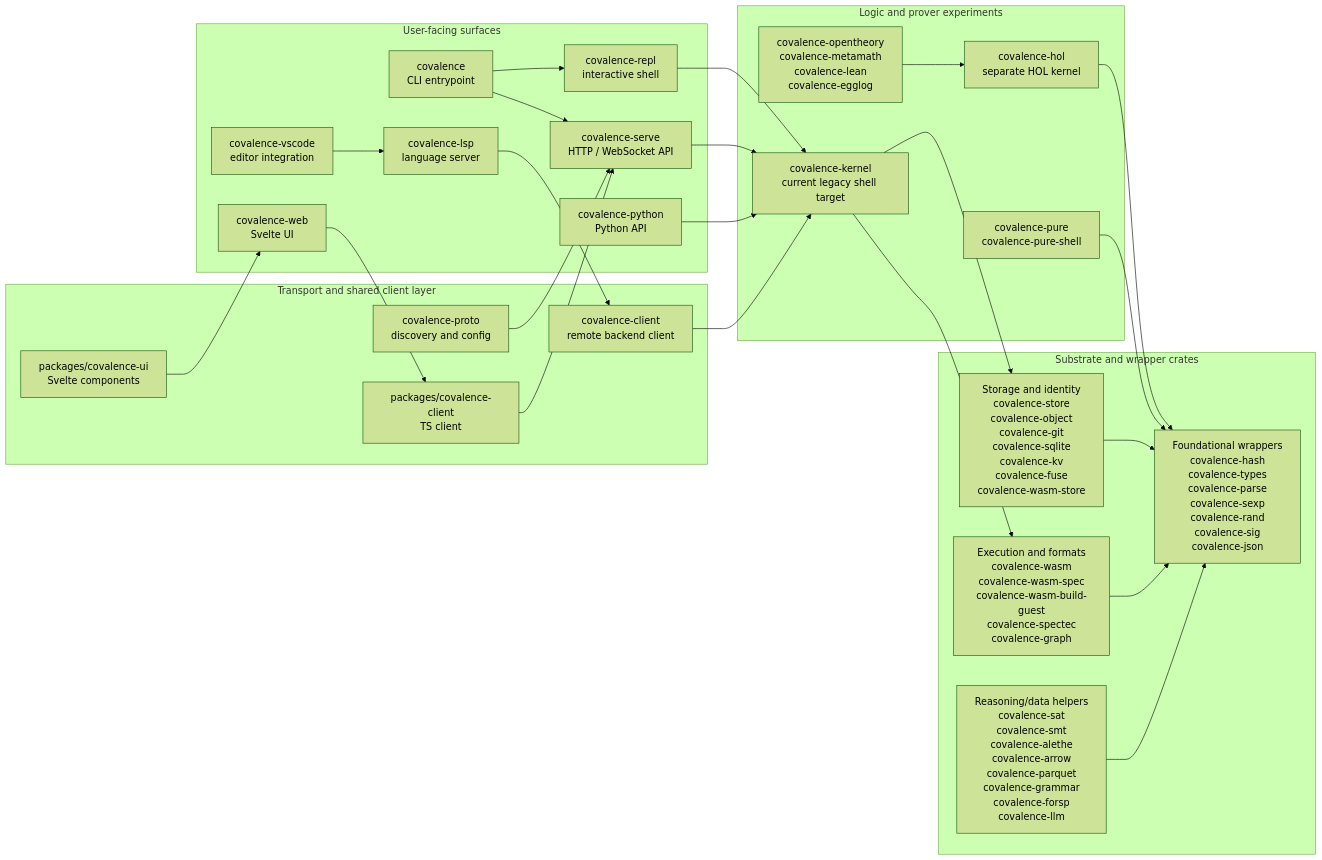
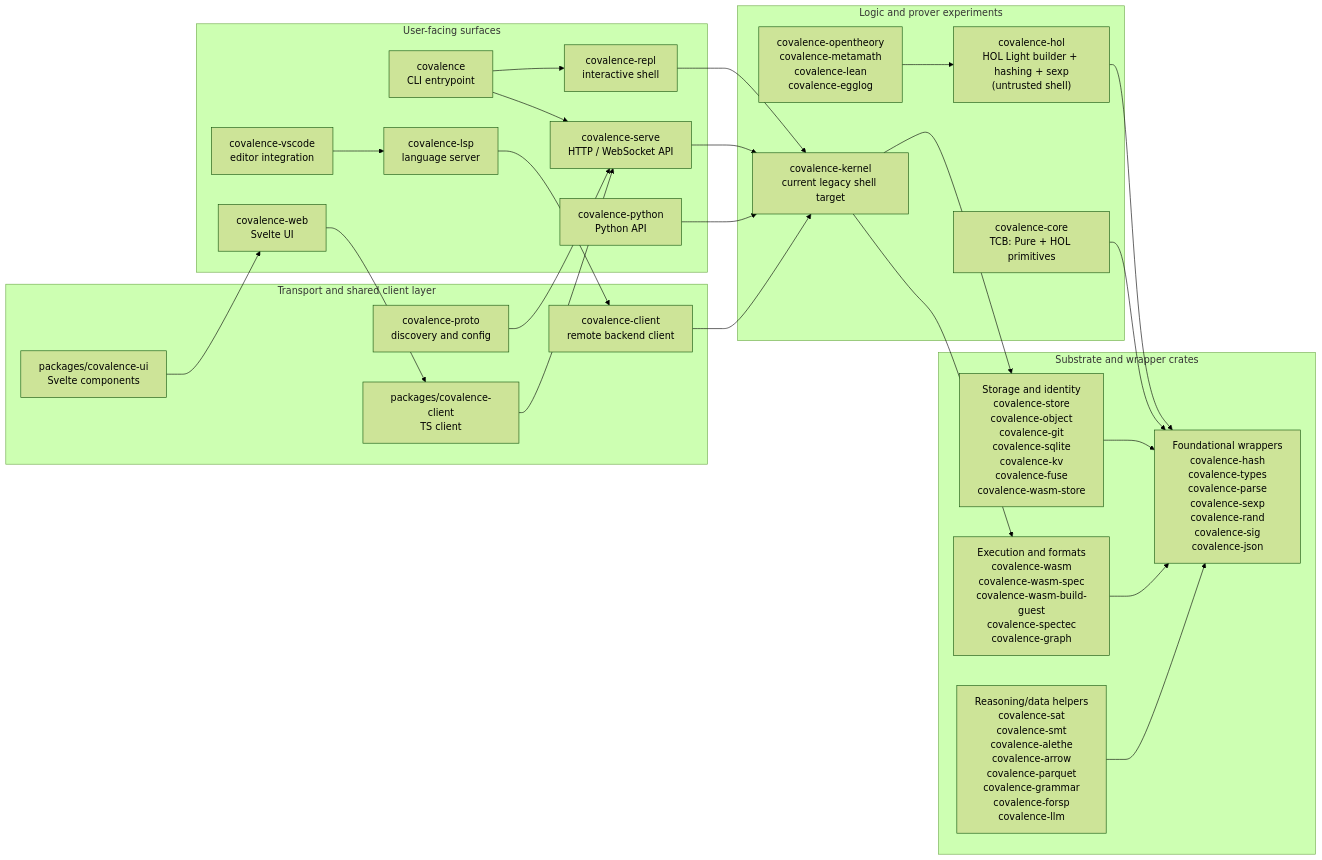
One commit to imbrem/covalence changed the third of 3 diagrams in docs/c4.md. Above: the diagram before and after it, drawn with Mermaid (forest theme). The commit also changed 4 other files, not shown here.

````diff
--- a/docs/c4.md
+++ b/docs/c4.md
@@ -106,57 +106,57 @@
 ```mermaid
 flowchart LR
     subgraph surfaces["User-facing surfaces"]
         s1["covalence<br/>CLI entrypoint"]
         s2["covalence-repl<br/>interactive shell"]
         s3["covalence-serve<br/>HTTP / WebSocket API"]
         s4["covalence-lsp<br/>language server"]
         s5["covalence-python<br/>Python API"]
         s6["covalence-web<br/>Svelte UI"]
         s7["covalence-vscode<br/>editor integration"]
     end
 
     subgraph protocol["Transport and shared client layer"]
         p1["covalence-client<br/>remote backend client"]
         p2["covalence-proto<br/>discovery and config"]
         p3["packages/covalence-client<br/>TS client"]
         p4["packages/covalence-ui<br/>Svelte components"]
     end
 
     subgraph logic["Logic and prover experiments"]
         l1["covalence-kernel<br/>current legacy shell target"]
-        l2["covalence-hol<br/>separate HOL kernel"]
-        l3["covalence-pure<br/>covalence-pure-shell"]
+        l2["covalence-hol<br/>HOL Light builder + hashing + sexp<br/>(untrusted shell)"]
+        l3["covalence-core<br/>TCB: Pure + HOL primitives"]
         l4["covalence-opentheory<br/>covalence-metamath<br/>covalence-lean<br/>covalence-egglog"]
     end
 
     subgraph substrate["Substrate and wrapper crates"]
         t1["Storage and identity<br/>covalence-store<br/>covalence-object<br/>covalence-git<br/>covalence-sqlite<br/>covalence-kv<br/>covalence-fuse<br/>covalence-wasm-store"]
         t2["Execution and formats<br/>covalence-wasm<br/>covalence-wasm-spec<br/>covalence-wasm-build-guest<br/>covalence-spectec<br/>covalence-graph"]
         t3["Foundational wrappers<br/>covalence-hash<br/>covalence-types<br/>covalence-parse<br/>covalence-sexp<br/>covalence-rand<br/>covalence-sig<br/>covalence-json"]
         t4["Reasoning/data helpers<br/>covalence-sat<br/>covalence-smt<br/>covalence-alethe<br/>covalence-arrow<br/>covalence-parquet<br/>covalence-grammar<br/>covalence-forsp<br/>covalence-llm"]
     end
 
     s1 --> s2
     s1 --> s3
     s2 --> l1
     s3 --> l1
     s4 --> p1
     s5 --> l1
     s6 --> p3
     s7 --> s4
 
     p1 --> l1
     p2 --> s3
     p3 --> s3
     p4 --> s6
 
     l1 --> t1
     l1 --> t2
     l2 --> t3
     l3 --> t3
     l4 --> l2
 
     t1 --> t3
     t2 --> t3
     t4 --> t3
 ```
````
